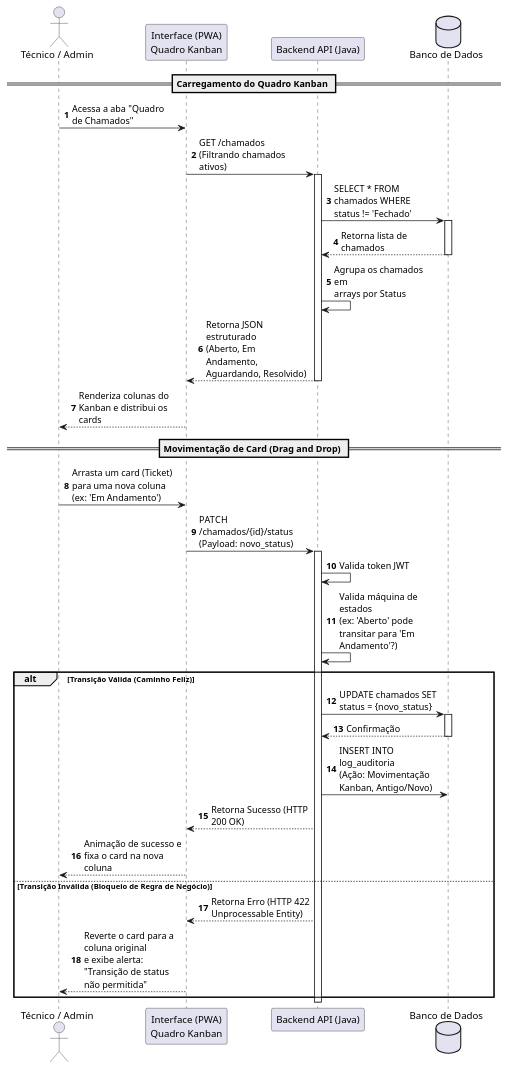
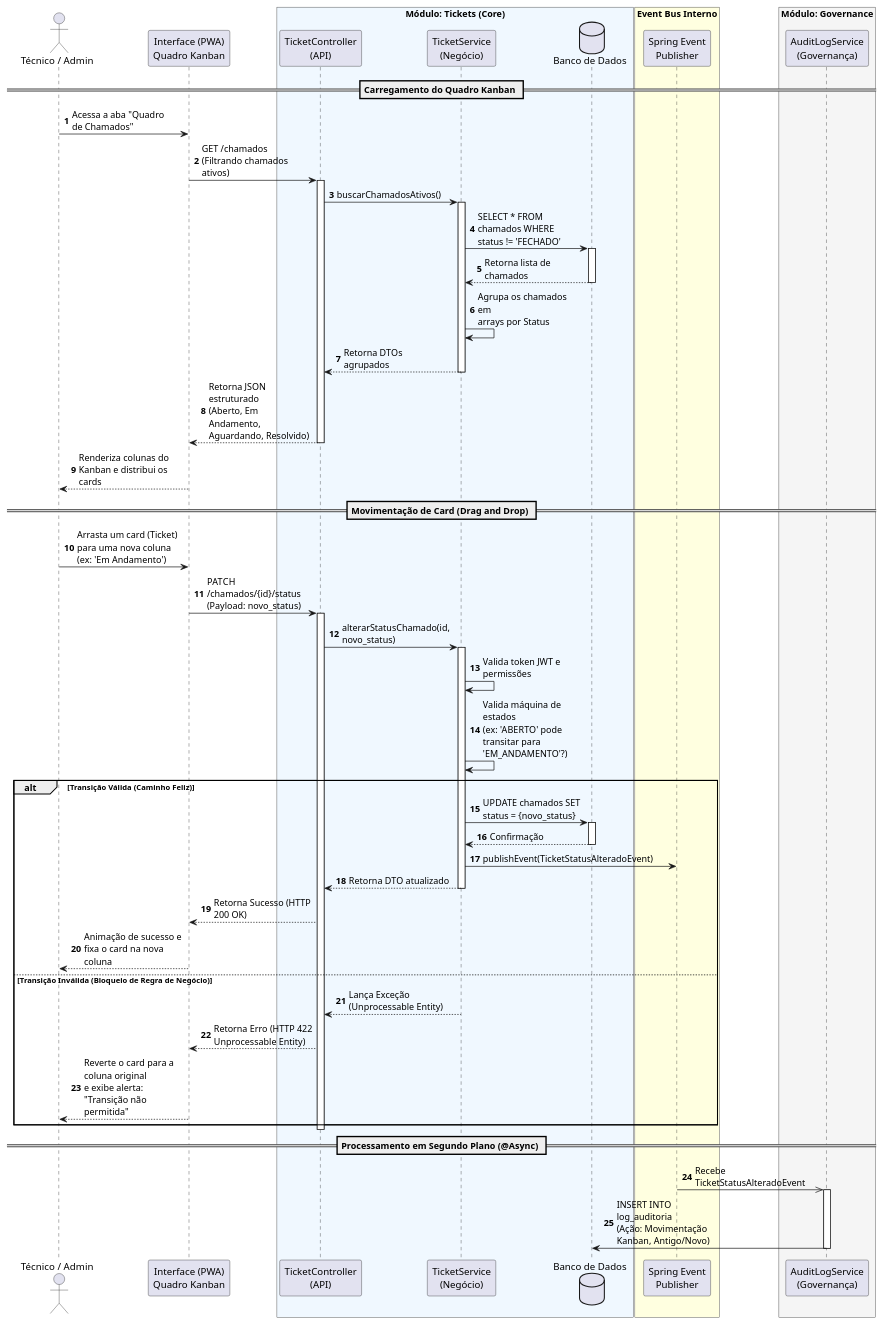
Before and after one commit to marciuuu/rIT-help-desk: the diagram in docs/use-case-uml/case6.puml, drawn with PlantUML. The commit also changed 13 other files, not shown here.

```diff
--- a/docs/use-case-uml/case6.puml
+++ b/docs/use-case-uml/case6.puml
@@ -1,57 +1,90 @@
 @startuml
 ' Configurações visuais
 skinparam maxMessageSize 150
 skinparam handwritten false
 skinparam responseMessageBelowArrow true
 autonumber
 
-' Atores e Participantes
+' Atores e Interface
 actor "Técnico / Admin" as user
 participant "Interface (PWA)\nQuadro Kanban" as pwa
-participant "Backend API (Java)" as api
-database "Banco de Dados" as db
+
+' Representação do Monólito Modular
+box "Módulo: Tickets (Core)" #F0F8FF
+    participant "TicketController\n(API)" as api
+    participant "TicketService\n(Negócio)" as service
+    database "Banco de Dados" as db
+end box
+
+box "Event Bus Interno" #FFFFE0
+    participant "Spring Event\nPublisher" as eventBus
+end box
+
+box "Módulo: Governance" #F5F5F5
+    participant "AuditLogService\n(Governança)" as gov
+end box
 
 == Carregamento do Quadro Kanban ==
 
 user -> pwa : Acessa a aba "Quadro de Chamados"
 pwa -> api : GET /chamados (Filtrando chamados ativos)
 
 activate api
-api -> db : SELECT * FROM chamados WHERE status != 'Fechado'
+api -> service : buscarChamadosAtivos()
+activate service
+service -> db : SELECT * FROM chamados WHERE status != 'FECHADO'
 activate db
-db --> api : Retorna lista de chamados
+db --> service : Retorna lista de chamados
 deactivate db
 
-api -> api : Agrupa os chamados em\narrays por Status
+service -> service : Agrupa os chamados em\narrays por Status
+service --> api : Retorna DTOs agrupados
+deactivate service
+
 api --> pwa : Retorna JSON estruturado\n(Aberto, Em Andamento, Aguardando, Resolvido)
 deactivate api
 
 pwa --> user : Renderiza colunas do Kanban e distribui os cards
 
 == Movimentação de Card (Drag and Drop) ==
 
 user -> pwa : Arrasta um card (Ticket)\npara uma nova coluna (ex: 'Em Andamento')
 pwa -> api : PATCH /chamados/{id}/status\n(Payload: novo_status)
 
 activate api
-api -> api : Valida token JWT
-api -> api : Valida máquina de estados\n(ex: 'Aberto' pode transitar para 'Em Andamento'?)
+api -> service : alterarStatusChamado(id, novo_status)
+activate service
+
+service -> service : Valida token JWT e permissões
+service -> service : Valida máquina de estados\n(ex: 'ABERTO' pode transitar para 'EM_ANDAMENTO'?)
 
 alt Transição Válida (Caminho Feliz)
-    api -> db : UPDATE chamados SET status = {novo_status}
+    service -> db : UPDATE chamados SET status = {novo_status}
     activate db
-    db --> api : Confirmação
+    db --> service : Confirmação
     deactivate db
 
-    ' Rastreabilidade inegociável
-    api -> db : INSERT INTO log_auditoria\n(Ação: Movimentação Kanban, Antigo/Novo)
+    ' Disparo de Evento de Domínio
+    service -> eventBus : publishEvent(TicketStatusAlteradoEvent)
+
+    service --> api : Retorna DTO atualizado
+    deactivate service
     
     api --> pwa : Retorna Sucesso (HTTP 200 OK)
     pwa --> user : Animação de sucesso e fixa o card na nova coluna
 else Transição Inválida (Bloqueio de Regra de Negócio)
+    service --> api : Lança Exceção (Unprocessable Entity)
     api --> pwa : Retorna Erro (HTTP 422 Unprocessable Entity)
-    pwa --> user : Reverte o card para a coluna original\ne exibe alerta: "Transição de status não permitida"
+    pwa --> user : Reverte o card para a coluna original\ne exibe alerta: "Transição não permitida"
 end
 deactivate api
 
+' Processamento Assíncrono
+== Processamento em Segundo Plano (@Async) ==
+
+eventBus ->> gov : Recebe TicketStatusAlteradoEvent
+activate gov
+gov -> db : INSERT INTO log_auditoria\n(Ação: Movimentação Kanban, Antigo/Novo)
+deactivate gov
+
 @enduml
```
